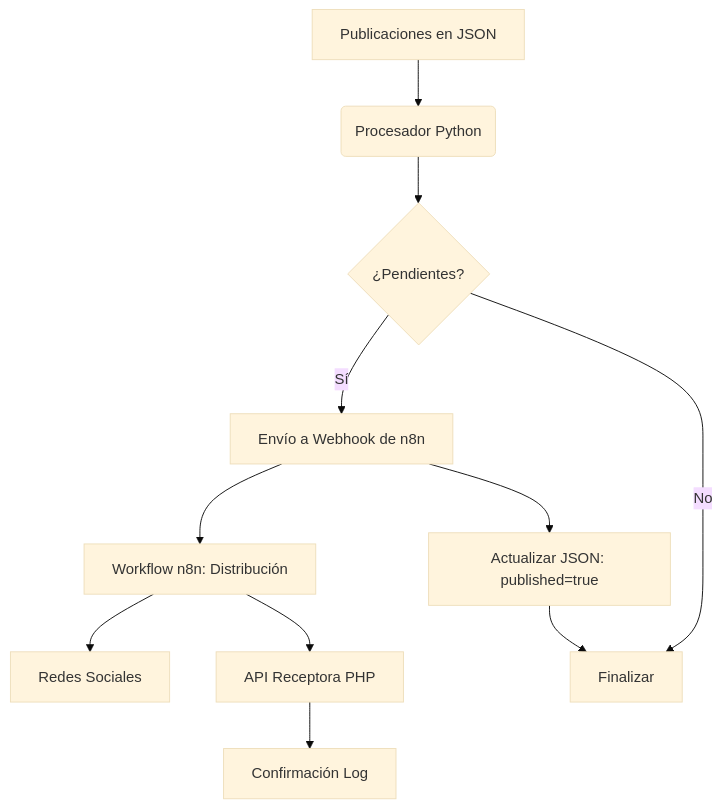
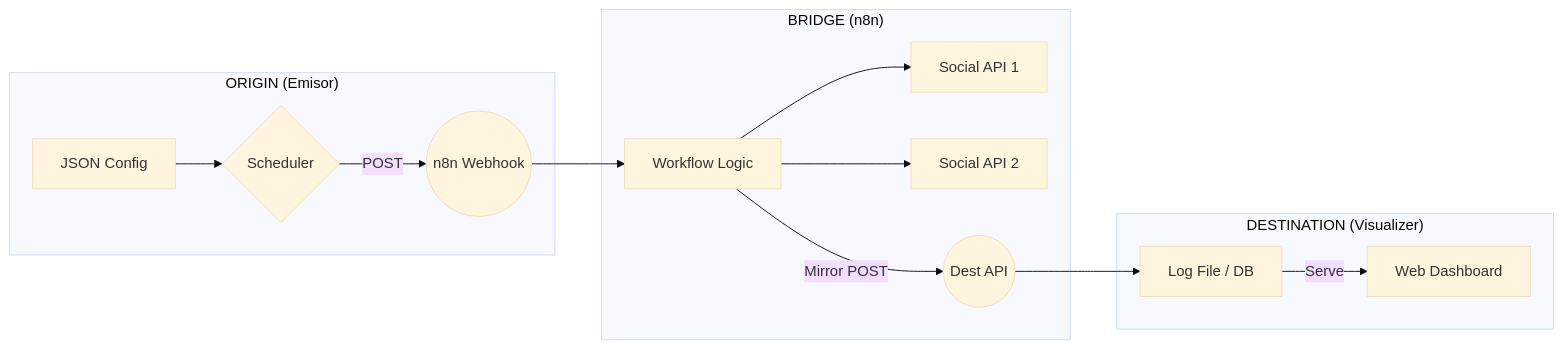
The diagram in docs/ARCHITECTURE.md (vladimiracunadev-create/social-bot-scheduler), drawn with Mermaid (base theme) before and after one commit. The commit also changed other lines of this file and 2 other files, not shown here.

Commit message:
chore: polish launcher connectivity and update architectural documentation for 6-axis matrix

````diff
--- a/docs/ARCHITECTURE.md
+++ b/docs/ARCHITECTURE.md
@@ -7,13 +38,19 @@
 ```mermaid
-graph TD
-    A[Publicaciones en JSON] --> B(Procesador Python)
-    B --> C{¿Pendientes?}
-    C -- Sí --> D[Envío a Webhook de n8n]
-    D --> E[Workflow n8n: Distribución]
-    E --> F[Redes Sociales]
-    E --> G[API Receptora PHP]
-    G --> H[Confirmación Log]
-    D --> I[Actualizar JSON: published=true]
-    C -- No --> J[Finalizar]
-    I --> J
+graph LR
+    subgraph "ORIGIN (Emisor)"
+        A[JSON Config] --> B{Scheduler}
+        B -- POST --> C((n8n Webhook))
+    end
+
+    subgraph "BRIDGE (n8n)"
+        C --> D[Workflow Logic]
+        D --> E[Social API 1]
+        D --> F[Social API 2]
+        D -- Mirror POST --> G((Dest API))
+    end
+
+    subgraph "DESTINATION (Visualizer)"
+        G --> H[Log File / DB]
+        H -- Serve --> I[Web Dashboard]
+    end
 ```
````
